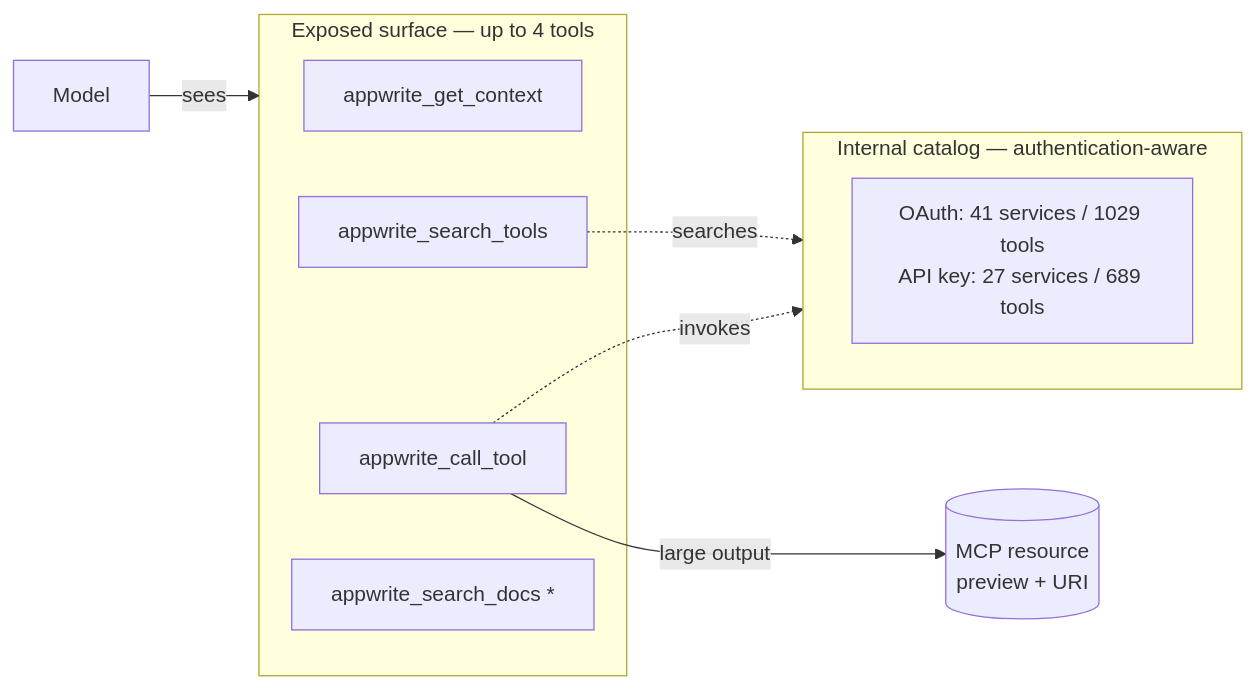
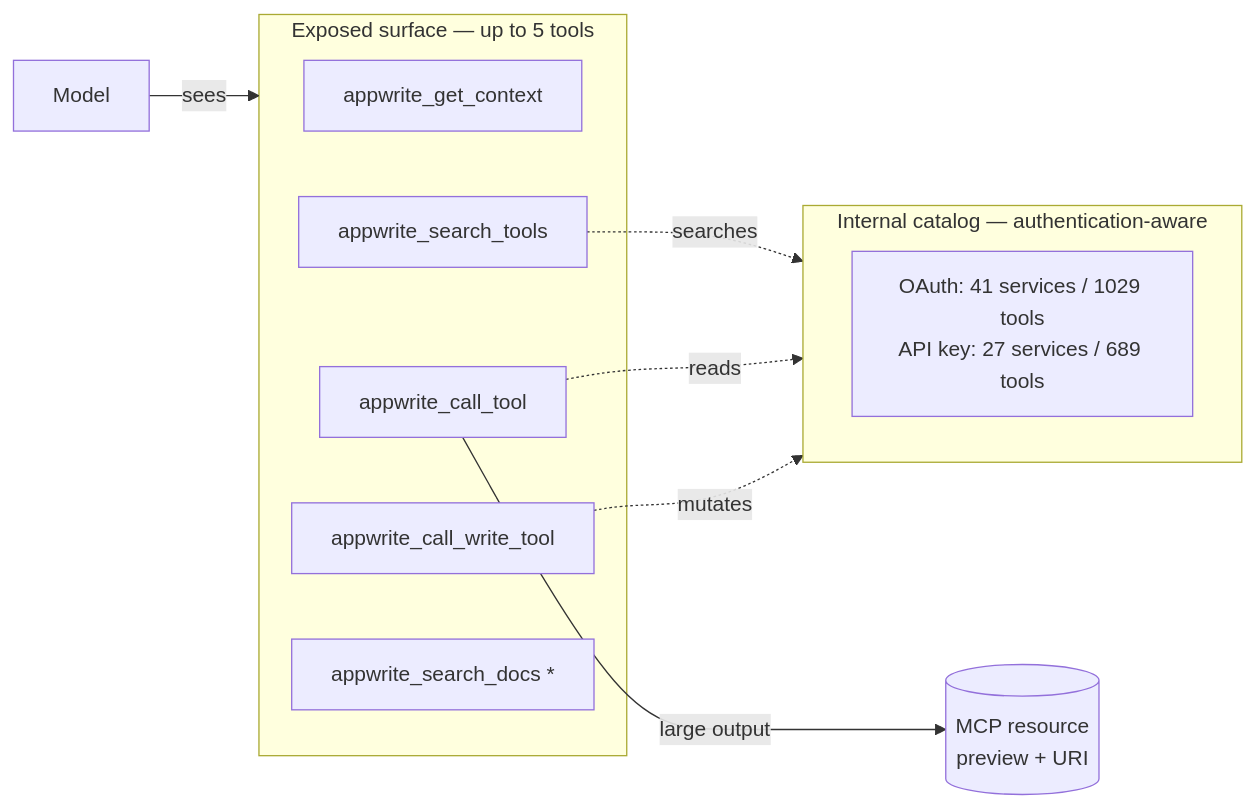
One commit to appwrite/mcp changed the diagram in docs/tool-surface.md. Above: the diagram before and after it, drawn with Mermaid. The commit also changed other lines of this file and 14 other files, not shown here.

First line of the commit message:
feat: split appwrite_call_tool into read and write tools with explicit hints (#146)

````diff
--- a/docs/tool-surface.md
+++ b/docs/tool-surface.md
@@ -7,21 +7,23 @@
 ```mermaid
 flowchart LR
     M[Model] -->|sees| E
 
-    subgraph E[Exposed surface — up to 4 tools]
+    subgraph E[Exposed surface — up to 5 tools]
         C[appwrite_get_context]
         ST[appwrite_search_tools]
         CT[appwrite_call_tool]
+        WT[appwrite_call_write_tool]
         SD[appwrite_search_docs *]
     end
 
     ST -.searches.-> CAT
-    CT -.invokes.-> CAT
+    CT -.reads.-> CAT
+    WT -.mutates.-> CAT
 
     subgraph CAT[Internal catalog — authentication-aware]
         direction LR
         K[OAuth: 41 services / 1029 tools<br/>API key: 27 services / 689 tools]
     end
 
     CT -->|large output| R[(MCP resource<br/>preview + URI)]
 ```
````
